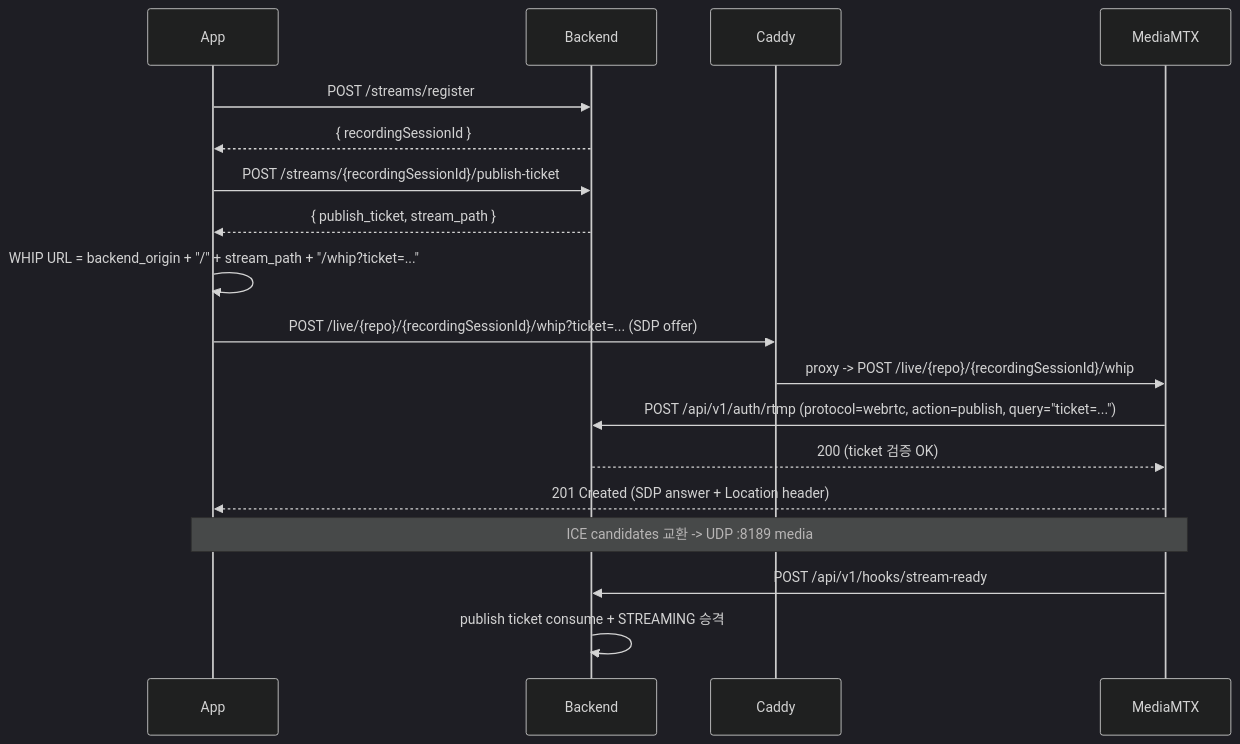
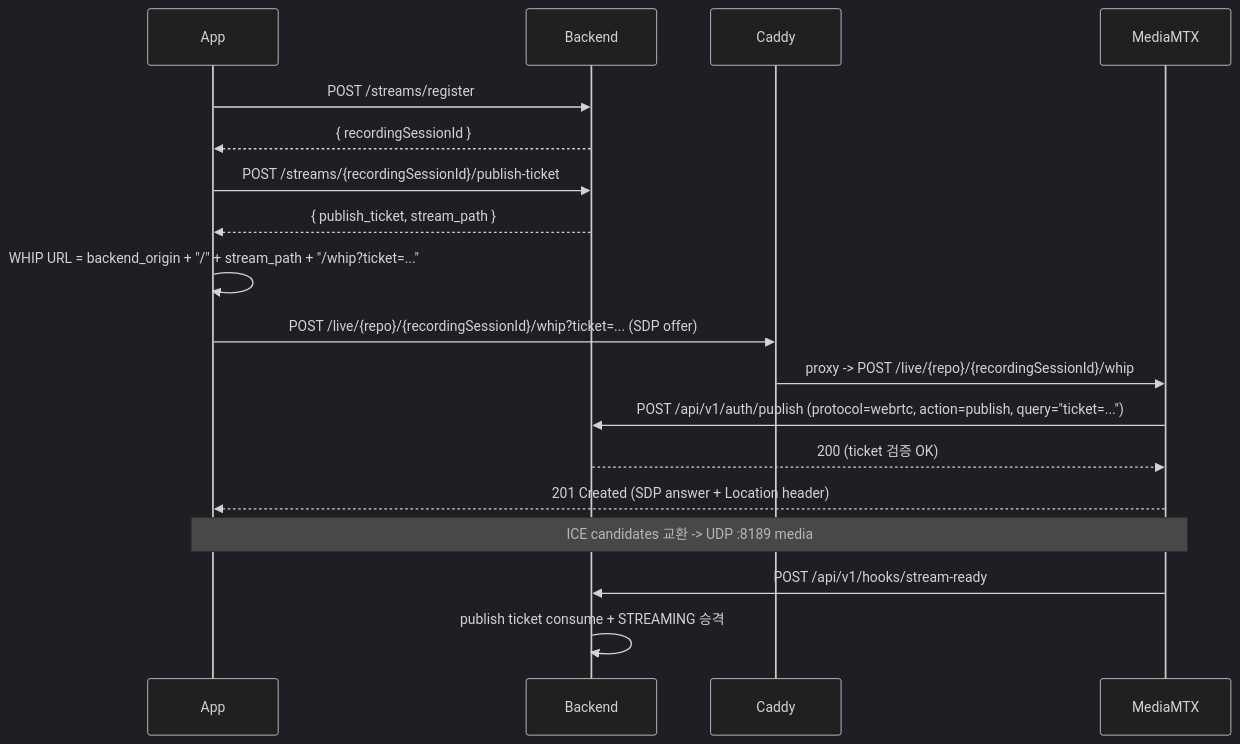
One commit to ego-flow/ego-flow-server changed the second of 3 diagrams in docs/13. http_streaming.md. Above: the diagram before and after it, drawn with Mermaid (dark theme). The commit also changed other lines of this file and 15 other files, not shown here.

````diff
--- a/docs/13. http_streaming.md
+++ b/docs/13. http_streaming.md
@@ -55,21 +55,21 @@
 ```mermaid
 sequenceDiagram
     participant App
     participant BE as Backend
     participant Caddy
     participant MTX as MediaMTX
 
     App->>BE: POST /streams/register
     BE-->>App: { recordingSessionId }
     App->>BE: POST /streams/{recordingSessionId}/publish-ticket
     BE-->>App: { publish_ticket, stream_path }
     App->>App: WHIP URL = backend_origin + "/" + stream_path + "/whip?ticket=..."
     App->>Caddy: POST /live/{repo}/{recordingSessionId}/whip?ticket=... (SDP offer)
     Caddy->>MTX: proxy -> POST /live/{repo}/{recordingSessionId}/whip
-    MTX->>BE: POST /api/v1/auth/rtmp (protocol=webrtc, action=publish, query="ticket=...")
+    MTX->>BE: POST /api/v1/auth/publish (protocol=webrtc, action=publish, query="ticket=...")
     BE-->>MTX: 200 (ticket 검증 OK)
     MTX-->>App: 201 Created (SDP answer + Location header)
     Note over App,MTX: ICE candidates 교환 -> UDP :8189 media
     MTX->>BE: POST /api/v1/hooks/stream-ready
     BE->>BE: publish ticket consume + STREAMING 승격
 ```
````
